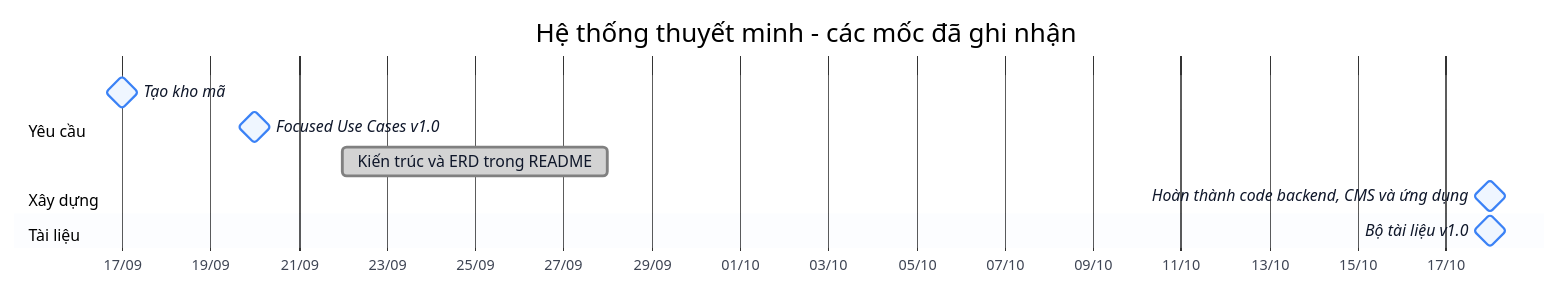
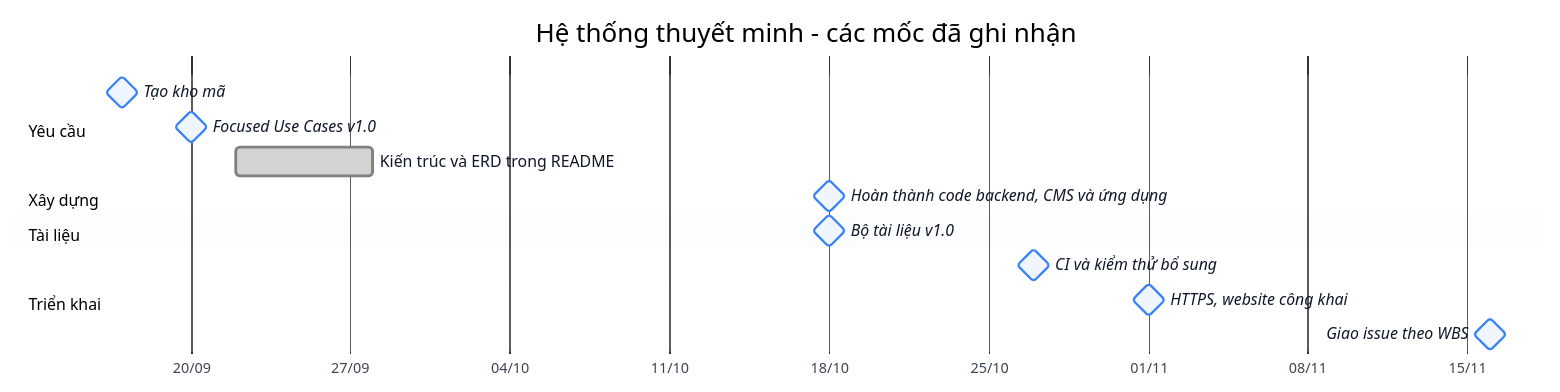
Before and after one commit to AiraLeFatale/CongNghePhanMem_Project: the sixth of 9 diagrams in docs/06-project-management.md, drawn with Mermaid. The commit also changed other lines of this file and 3 other files, not shown here.

Commit message:
Phân công từng hạng mục WBS cho thành viên, liên kết issue và cập nhật mốc tiến độ

````diff
--- a/docs/06-project-management.md
+++ b/docs/06-project-management.md
@@ -196,15 +262,19 @@
 ```mermaid
 %%{init: {"theme":"base","fontFamily":"Helvetica Neue, Arial, sans-serif","themeVariables":{"fontFamily":"Helvetica Neue, Arial, sans-serif","fontSize":"15px","primaryColor":"#EFF6FF","primaryBorderColor":"#3B82F6","primaryTextColor":"#0F172A","lineColor":"#64748B","secondaryColor":"#F0FDF4","tertiaryColor":"#FFFFFF","clusterBkg":"#F8FAFC","clusterBorder":"#CBD5E1","edgeLabelBackground":"#FFFFFF","noteBkgColor":"#FEF9C3","noteBorderColor":"#EAB308","actorBkg":"#DBEAFE","actorBorder":"#2563EB","actorTextColor":"#1E3A8A","signalColor":"#475569","signalTextColor":"#0F172A","labelBoxBkgColor":"#F1F5F9","labelBoxBorderColor":"#94A3B8","activationBkgColor":"#E0F2FE","activationBorderColor":"#0284C7","sequenceNumberColor":"#FFFFFF","pie1":"#16A34A","pie2":"#F59E0B","pie3":"#94A3B8","pie4":"#DC2626","pie5":"#2563EB","pie6":"#7C3AED","pieStrokeColor":"#FFFFFF","pieSectionTextColor":"#FFFFFF","quadrant1Fill":"#FEE2E2","quadrant2Fill":"#FEF3C7","quadrant3Fill":"#DCFCE7","quadrant4Fill":"#FEF3C7","quadrantPointFill":"#1E3A8A","quadrantPointTextFill":"#0F172A","git0":"#1E3A8A","gitBranchLabel0":"#FFFFFF","cScale0":"#DBEAFE","cScale1":"#DCFCE7","cScale2":"#EDE9FE","cScale3":"#FEF3C7","cScale4":"#FFE4E6","cScale5":"#E0F2FE","cScale6":"#F1F5F9"},"flowchart":{"curve":"basis","padding":16,"nodeSpacing":40,"rankSpacing":50},"sequence":{"showSequenceNumbers":true,"mirrorActors":false}}}%%
 gantt
     title Hệ thống thuyết minh - các mốc đã ghi nhận
     dateFormat YYYY-MM-DD
     axisFormat %d/%m
     section Yêu cầu
     Tạo kho mã                     :milestone, m1, 2026-09-17, 0d
     Focused Use Cases v1.0         :milestone, m2, 2026-09-20, 0d
     Kiến trúc và ERD trong README  :done, r3, 2026-09-22, 2026-09-28
     section Xây dựng
     Hoàn thành code backend, CMS và ứng dụng :milestone, m3, 2026-10-18, 0d
     section Tài liệu
     Bộ tài liệu v1.0               :milestone, m4, 2026-10-18, 0d
+    section Triển khai
+    CI và kiểm thử bổ sung         :milestone, m5, 2026-10-27, 0d
+    HTTPS, website công khai       :milestone, m6, 2026-11-01, 0d
+    Giao issue theo WBS            :milestone, m7, 2026-11-16, 0d
 ```
````
